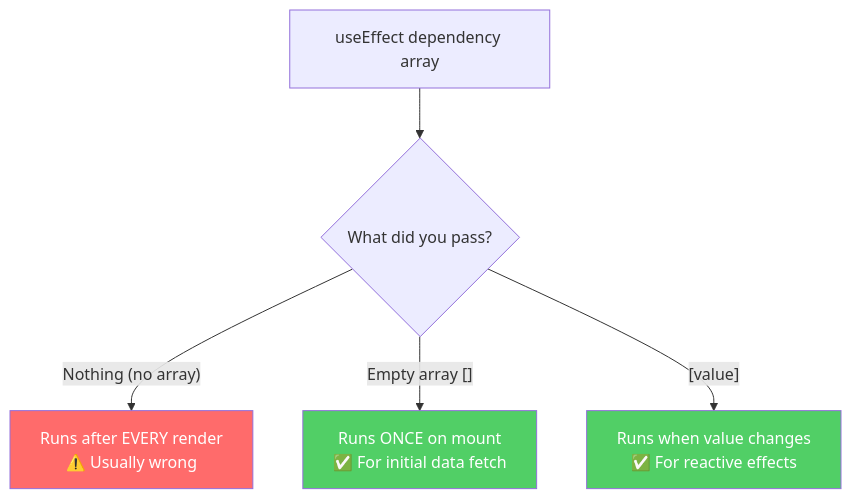
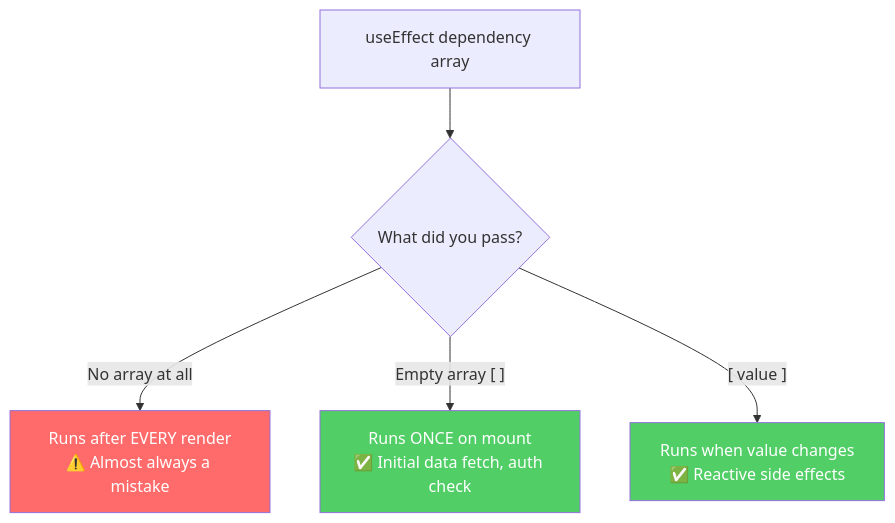
One commit to vaishali86c/React-revision-book changed the seventh of 21 diagrams in REACT-HOOKS-DEEP-DIVE.md. Above: the diagram before and after it, drawn with Mermaid. The commit also changed other lines of this file, not shown here.

````diff
--- a/REACT-HOOKS-DEEP-DIVE.md
+++ b/REACT-HOOKS-DEEP-DIVE.md
@@ -249,11 +247,11 @@
 ```mermaid
 graph TD
     A["useEffect dependency array"] --> B{"What did you pass?"}
-    B -- "Nothing (no array)" --> C["Runs after EVERY render\n⚠️ Usually wrong"]
-    B -- "Empty array []" --> D["Runs ONCE on mount\n✅ For initial data fetch"]
-    B -- "[value]" --> E["Runs when value changes\n✅ For reactive effects"]
+    B -- "No array at all" --> C["Runs after EVERY render\n⚠️ Almost always a mistake"]
+    B -- "Empty array [ ]" --> D["Runs ONCE on mount\n✅ Initial data fetch, auth check"]
+    B -- "[ value ]" --> E["Runs when value changes\n✅ Reactive side effects"]
 
     style C fill:#ff6b6b,color:#fff
     style D fill:#51cf66,color:#fff
     style E fill:#51cf66,color:#fff
 ```
````
